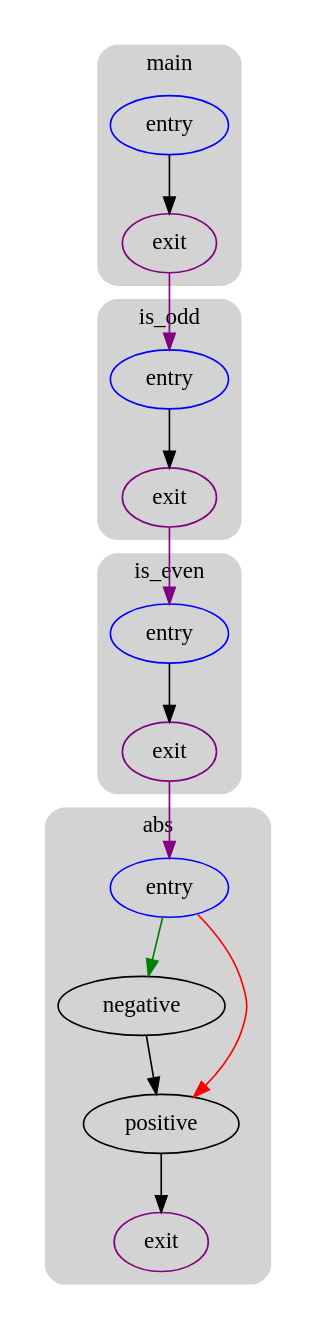
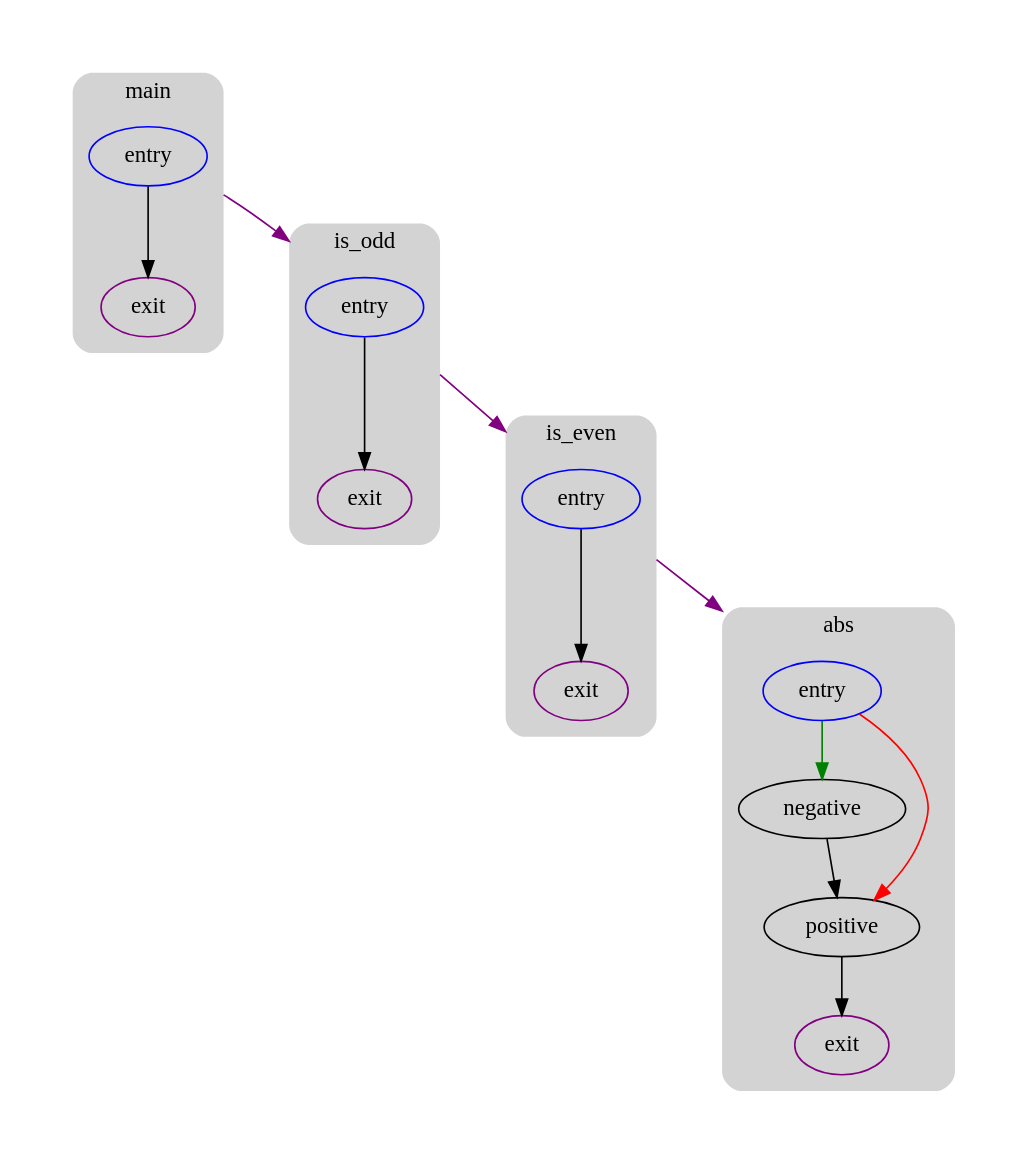
One commit to UnsignedByte/6120 changed the diagram in playground/logicless-iseven.cfg.dot. Above: the diagram before and after it, drawn with Graphviz. The commit also changed 76 other files, not shown here.

Commit message:
add margin around graphs

```diff
--- a/playground/logicless-iseven.cfg.dot
+++ b/playground/logicless-iseven.cfg.dot
@@ -1,50 +1,71 @@
 digraph G {
   compound=true
   subgraph cluster_ {
     peripheries=0
-    subgraph cluster_0 {
-      label="main"
-      color=darkgray
-      style=rounded
-      bgcolor=lightgray
-      cluster_0_0[label="entry",shape=oval,color=blue,rank=source]
-      cluster_0_exit[label=exit,color=purple,rank=sink]
-      cluster_0_0 -> cluster_0_exit [color=black]
+    margin=10
+    subgraph cluster_0_wrapper {
+      peripheries=0
+      margin=15
+      subgraph cluster_0 {
+        label="main"
+        color=darkgray
+        style=rounded
+        bgcolor=lightgray
+        margin=10
+        cluster_0_0[label="entry",shape=oval,color=blue,rank=source]
+        cluster_0_exit[label=exit,color=purple,rank=sink]
+        cluster_0_0 -> cluster_0_exit [color=black]
+      }
     }
-    subgraph cluster_1 {
-      label="abs"
-      color=darkgray
-      style=rounded
-      bgcolor=lightgray
-      cluster_1_0[label="entry",shape=oval,color=blue,rank=source]
-      cluster_1_1[label="negative",shape=oval]
-      cluster_1_2[label="positive",shape=oval]
-      cluster_1_exit[label=exit,color=purple,rank=sink]
-      cluster_1_0 -> cluster_1_1 [color=green]
-      cluster_1_0 -> cluster_1_2 [color=red]
-      cluster_1_1 -> cluster_1_2
-      cluster_1_2 -> cluster_1_exit [color=black]
+    subgraph cluster_1_wrapper {
+      peripheries=0
+      margin=15
+      subgraph cluster_1 {
+        label="abs"
+        color=darkgray
+        style=rounded
+        bgcolor=lightgray
+        margin=10
+        cluster_1_0[label="entry",shape=oval,color=blue,rank=source]
+        cluster_1_1[label="negative",shape=oval]
+        cluster_1_2[label="positive",shape=oval]
+        cluster_1_exit[label=exit,color=purple,rank=sink]
+        cluster_1_0 -> cluster_1_1 [color=green]
+        cluster_1_0 -> cluster_1_2 [color=red]
+        cluster_1_1 -> cluster_1_2
+        cluster_1_2 -> cluster_1_exit [color=black]
+      }
     }
-    subgraph cluster_2 {
-      label="is_even"
-      color=darkgray
-      style=rounded
-      bgcolor=lightgray
-      cluster_2_0[label="entry",shape=oval,color=blue,rank=source]
-      cluster_2_exit[label=exit,color=purple,rank=sink]
-      cluster_2_0 -> cluster_2_exit [color=black]
+    subgraph cluster_2_wrapper {
+      peripheries=0
+      margin=15
+      subgraph cluster_2 {
+        label="is_even"
+        color=darkgray
+        style=rounded
+        bgcolor=lightgray
+        margin=10
+        cluster_2_0[label="entry",shape=oval,color=blue,rank=source]
+        cluster_2_exit[label=exit,color=purple,rank=sink]
+        cluster_2_0 -> cluster_2_exit [color=black]
+      }
     }
-    subgraph cluster_3 {
-      label="is_odd"
-      color=darkgray
-      style=rounded
-      bgcolor=lightgray
-      cluster_3_0[label="entry",shape=oval,color=blue,rank=source]
-      cluster_3_exit[label=exit,color=purple,rank=sink]
-      cluster_3_0 -> cluster_3_exit [color=black]
+    subgraph cluster_3_wrapper {
+      peripheries=0
+      margin=15
+      subgraph cluster_3 {
+        label="is_odd"
+        color=darkgray
+        style=rounded
+        bgcolor=lightgray
+        margin=10
+        cluster_3_0[label="entry",shape=oval,color=blue,rank=source]
+        cluster_3_exit[label=exit,color=purple,rank=sink]
+        cluster_3_0 -> cluster_3_exit [color=black]
+      }
     }
-    cluster_0_exit -> cluster_3_0 [color=purple]
-    cluster_2_exit -> cluster_1_0 [color=purple]
-    cluster_3_exit -> cluster_2_0 [color=purple]
+    cluster_0_0 -> cluster_3_0 [color=purple,lhead=cluster_3,ltail=cluster_0]
+    cluster_2_0 -> cluster_1_0 [color=purple,lhead=cluster_1,ltail=cluster_2]
+    cluster_3_0 -> cluster_2_0 [color=purple,lhead=cluster_2,ltail=cluster_3]
   }
 }
```
